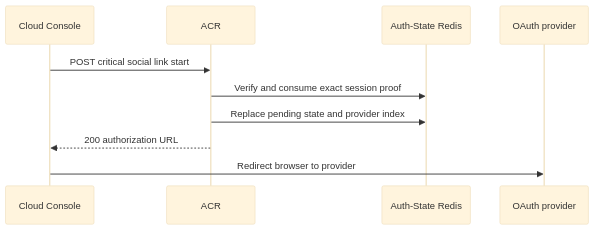
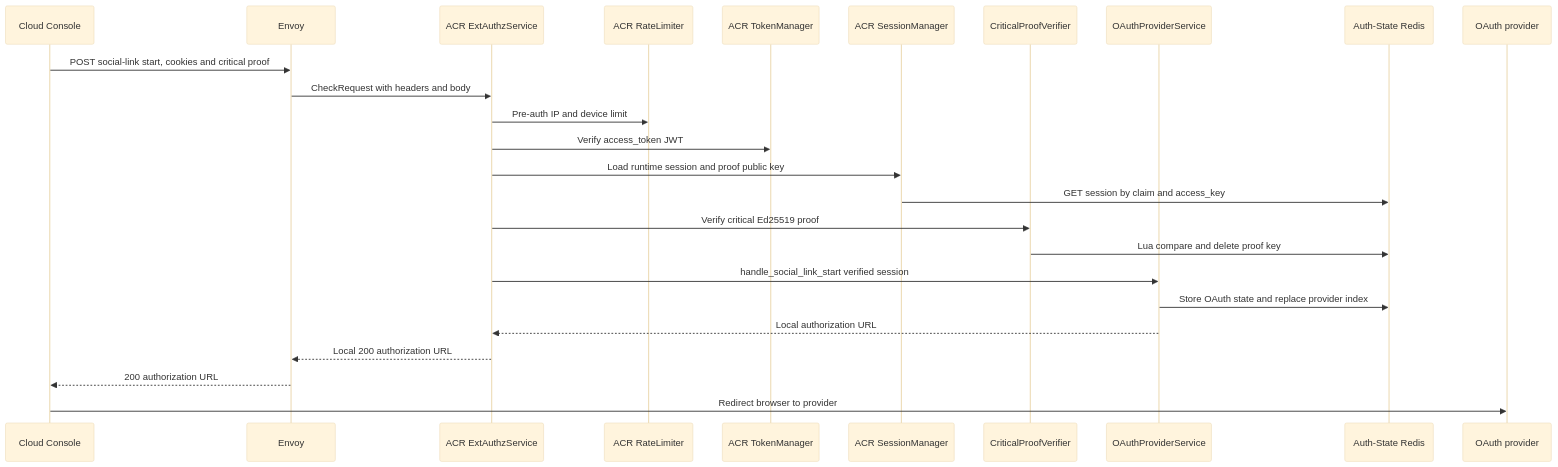
One commit to phucle996/aurora changed the first of 3 diagrams in god_view/iam/user_social_link_god_view_workflow.md. Above: the diagram before and after it, drawn with Mermaid (base theme). The commit also changed other lines of this file and 165 other files, not shown here.

````diff
--- a/god_view/iam/user_social_link_god_view_workflow.md
+++ b/god_view/iam/user_social_link_god_view_workflow.md
@@ -40,13 +60,28 @@
 ```mermaid
 sequenceDiagram
     participant UI as Cloud Console
-    participant A as ACR
+    participant E as Envoy
+    participant X as ACR ExtAuthzService
+    participant RL as ACR RateLimiter
+    participant TM as ACR TokenManager
+    participant SM as ACR SessionManager
+    participant PV as CriticalProofVerifier
+    participant O as OAuthProviderService
     participant R as Auth-State Redis
     participant P as OAuth provider
 
-    UI->>A: POST critical social link start
-    A->>R: Verify and consume exact session proof
-    A->>R: Replace pending state and provider index
-    A-->>UI: 200 authorization URL
+    UI->>E: POST social-link start, cookies and critical proof
+    E->>X: CheckRequest with headers and body
+    X->>RL: Pre-auth IP and device limit
+    X->>TM: Verify access_token JWT
+    X->>SM: Load runtime session and proof public key
+    SM->>R: GET session by claim and access_key
+    X->>PV: Verify critical Ed25519 proof
+    PV->>R: Lua compare and delete proof key
+    X->>O: handle_social_link_start verified session
+    O->>R: Store OAuth state and replace provider index
+    O-->>X: Local authorization URL
+    X-->>E: Local 200 authorization URL
+    E-->>UI: 200 authorization URL
     UI->>P: Redirect browser to provider
 ```
````
